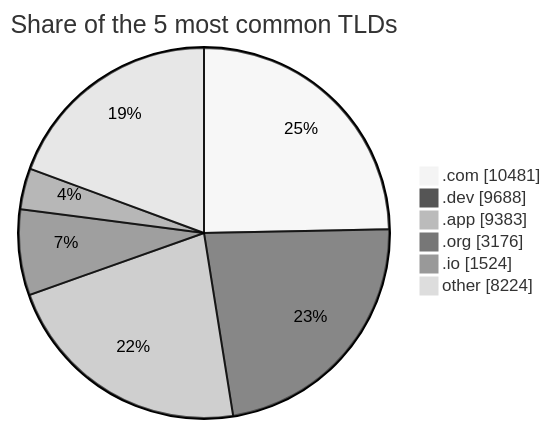
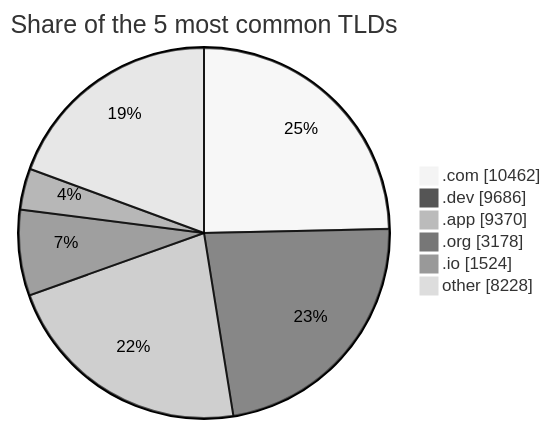
The third of 3 diagrams in README.md (DNSBunker/CTI), drawn with Mermaid (neutral theme) before and after one commit. The commit also changed other lines of this file and 3 other files, not shown here.

````diff
--- a/README.md
+++ b/README.md
@@ -81,9 +81,9 @@
 ```mermaid
 pie showData title Share of the 5 most common TLDs
-    ".com" : 10481
-    ".dev" : 9688
-    ".app" : 9383
-    ".org" : 3176
+    ".com" : 10462
+    ".dev" : 9686
+    ".app" : 9370
+    ".org" : 3178
     ".io" : 1524
-    "other" : 8224
+    "other" : 8228
 ```
````
